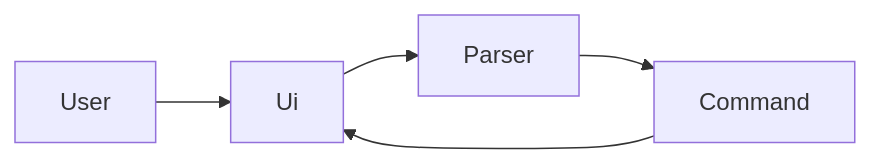
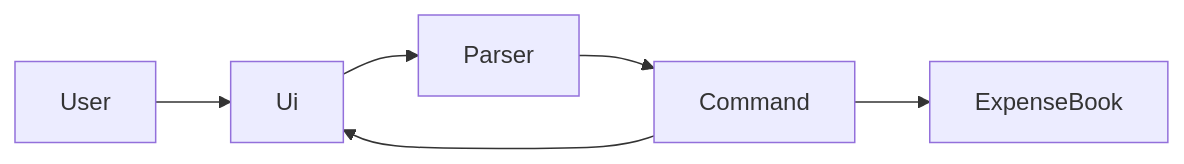
One commit to josephkwok001/CS3227-2610-MP1 changed the diagram in docs/DeveloperGuide.md. Above: the diagram before and after it, drawn with Mermaid. The commit also changed other lines of this file and 18 other files, not shown here.

Commit message:
Add expense command

````diff
--- a/docs/DeveloperGuide.md
+++ b/docs/DeveloperGuide.md
@@ -17,7 +17,8 @@
 ```mermaid
 flowchart LR
   user[User] --> ui[Ui]
   ui --> parser[Parser]
   parser --> command[Command]
+  command --> book[ExpenseBook]
   command --> ui
 ```
````
